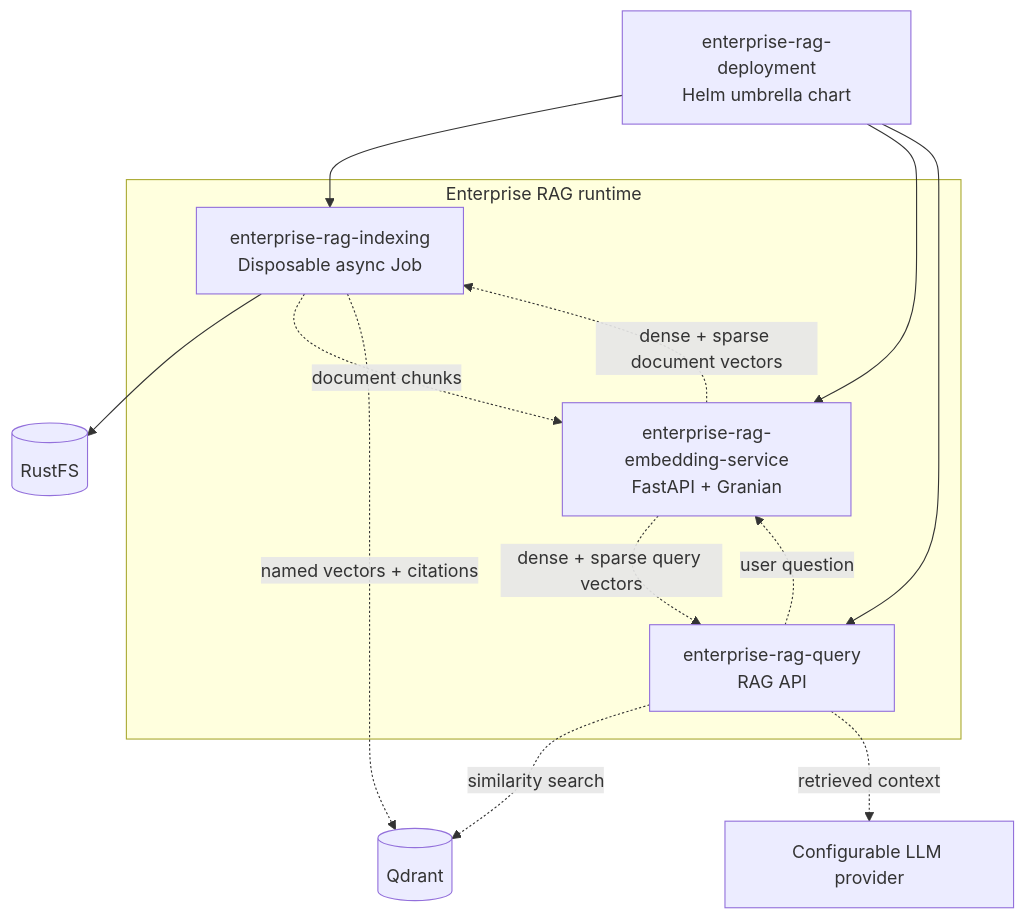
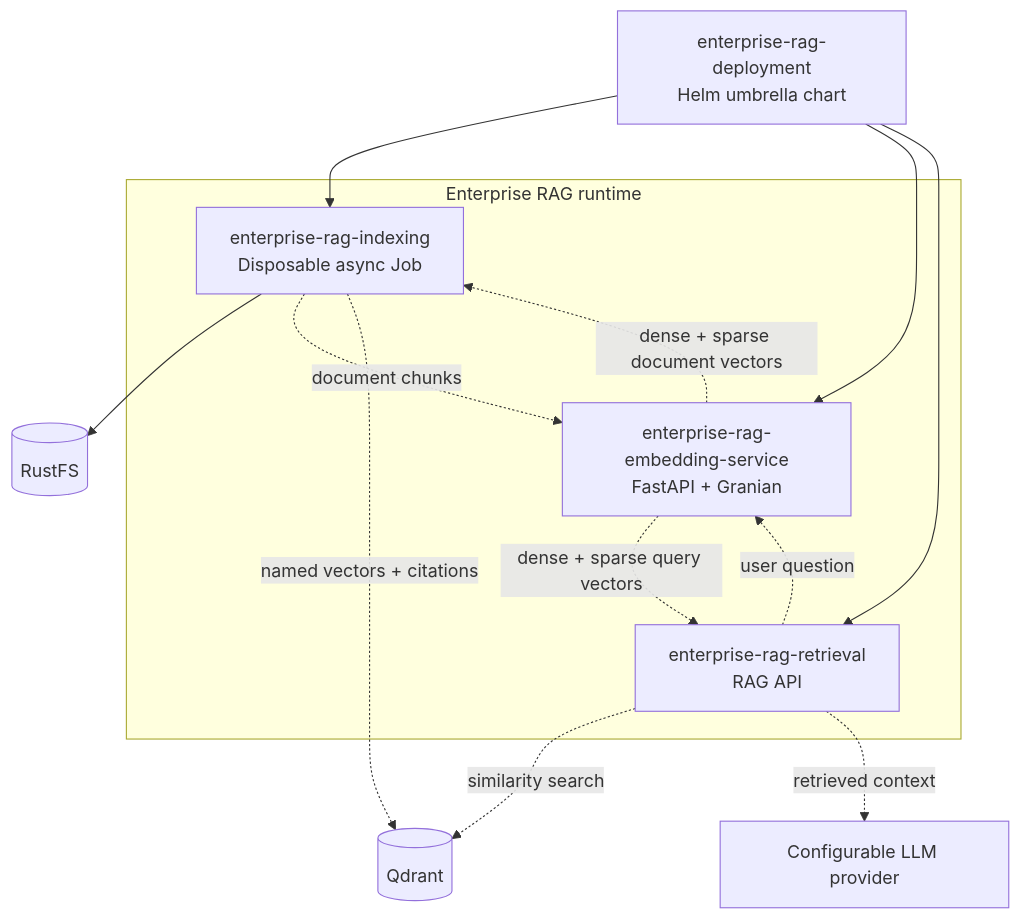
The first of 4 diagrams in README.md (tolga-kabadurmus/enterprise-rag-embedding-service), drawn with Mermaid before and after one commit. The commit also changed other lines of this file and 1 other file, not shown here.

````diff
--- a/README.md
+++ b/README.md
@@ -35,26 +35,26 @@
 ```mermaid
 flowchart TB
     Deployment[enterprise-rag-deployment<br/>Helm umbrella chart]
 
     subgraph Runtime[Enterprise RAG runtime]
         Indexing[enterprise-rag-indexing<br/>Disposable async Job]
         Embedding[enterprise-rag-embedding-service<br/>FastAPI + Granian]
-        Query[enterprise-rag-query<br/>RAG API]
+        Query[enterprise-rag-retrieval<br/>RAG API]
     end
 
     RustFS[(RustFS)]
     Qdrant[(Qdrant)]
     LLM[Configurable LLM provider]
 
     Deployment --> Indexing
     Deployment --> Embedding
     Deployment --> Query
     Indexing --> RustFS
     Indexing -. document chunks .-> Embedding
     Embedding -. dense + sparse document vectors .-> Indexing
     Indexing -. named vectors + citations .-> Qdrant
     Query -. user question .-> Embedding
     Embedding -. dense + sparse query vectors .-> Query
     Query -. similarity search .-> Qdrant
     Query -. retrieved context .-> LLM
 ```
````
